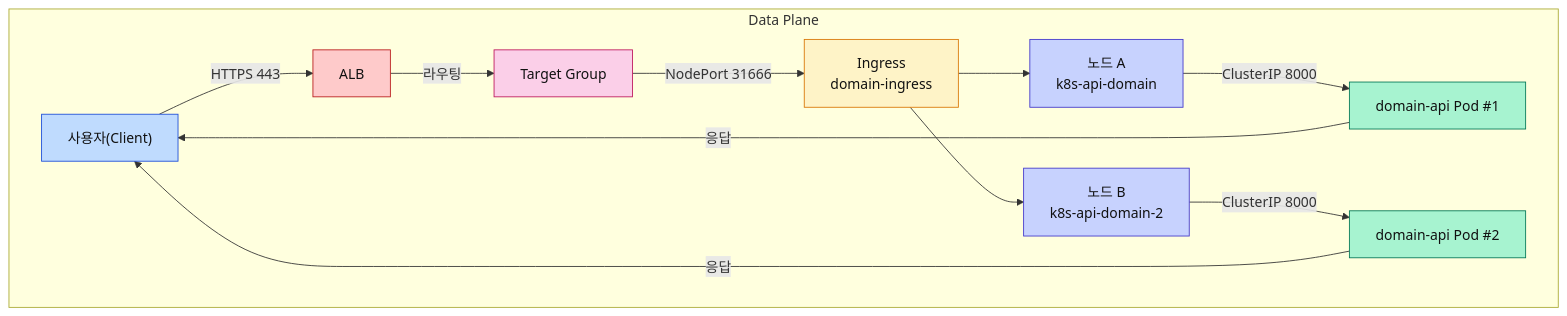
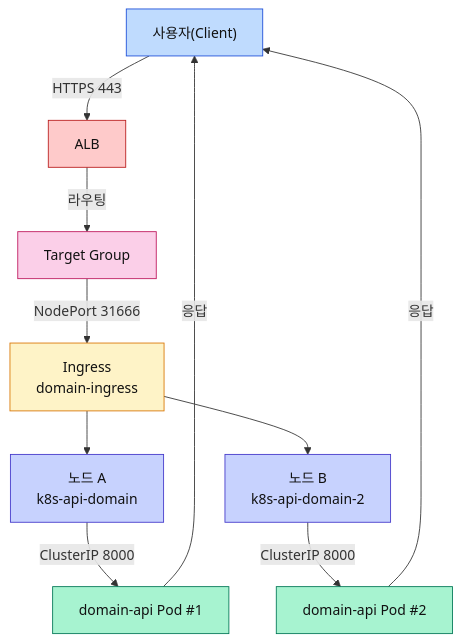
One commit to eco2-team/backend changed the second of 2 diagrams in docs/networking/alb-controller-flow.md. Above: the diagram before and after it, drawn with Mermaid.

Commit message:
docs(networking): verticalize data-plane diagram

````diff
--- a/docs/networking/alb-controller-flow.md
+++ b/docs/networking/alb-controller-flow.md
@@ -31,31 +31,22 @@
 ```mermaid
 graph TD
-    subgraph "Data Plane"
-        Client["사용자(Client)"]:::client
-        ALBData["ALB"]:::alb
-        TGData["Target Group"]:::tg
-        IngressData["Ingress<br/>domain-ingress"]:::ing
-        Node1["노드 A<br/>k8s-api-domain"]:::node
-        Node2["노드 B<br/>k8s-api-domain-2"]:::node
-        Pod1["domain-api Pod #1"]:::pod
-        Pod2["domain-api Pod #2"]:::pod
-    end
+    Client["사용자(Client)"]:::client
+    Client -->|HTTPS 443| ALBData["ALB"]:::alb
+    ALBData -->|라우팅| TGData["Target Group"]:::tg
+    TGData -->|NodePort 31666| IngressData["Ingress<br/>domain-ingress"]:::ing
 
-    Client -->|HTTPS 443| ALBData
-    ALBData -->|라우팅| TGData
-    TGData -->|NodePort 31666| IngressData
-    IngressData --> Node1
-    IngressData --> Node2
-    Node1 -->|ClusterIP 8000| Pod1
-    Node2 -->|ClusterIP 8000| Pod2
+    IngressData --> Node1["노드 A<br/>k8s-api-domain"]:::node
+    Node1 -->|ClusterIP 8000| Pod1["domain-api Pod #1"]:::pod
+    Pod1 -->|응답| Client
 
-    Pod1 -->|응답| Client
+    IngressData --> Node2["노드 B<br/>k8s-api-domain-2"]:::node
+    Node2 -->|ClusterIP 8000| Pod2["domain-api Pod #2"]:::pod
     Pod2 -->|응답| Client
 
     classDef client fill:#BFDBFE,stroke:#1D4ED8,color:#111;
     classDef alb fill:#FECACA,stroke:#B91C1C,color:#111;
     classDef tg fill:#FBCFE8,stroke:#BE185D,color:#111;
     classDef ing fill:#FEF3C7,stroke:#D97706,color:#111;
     classDef node fill:#C7D2FE,stroke:#4338CA,color:#111;
     classDef pod fill:#A7F3D0,stroke:#047857,color:#111;
 ```
````
